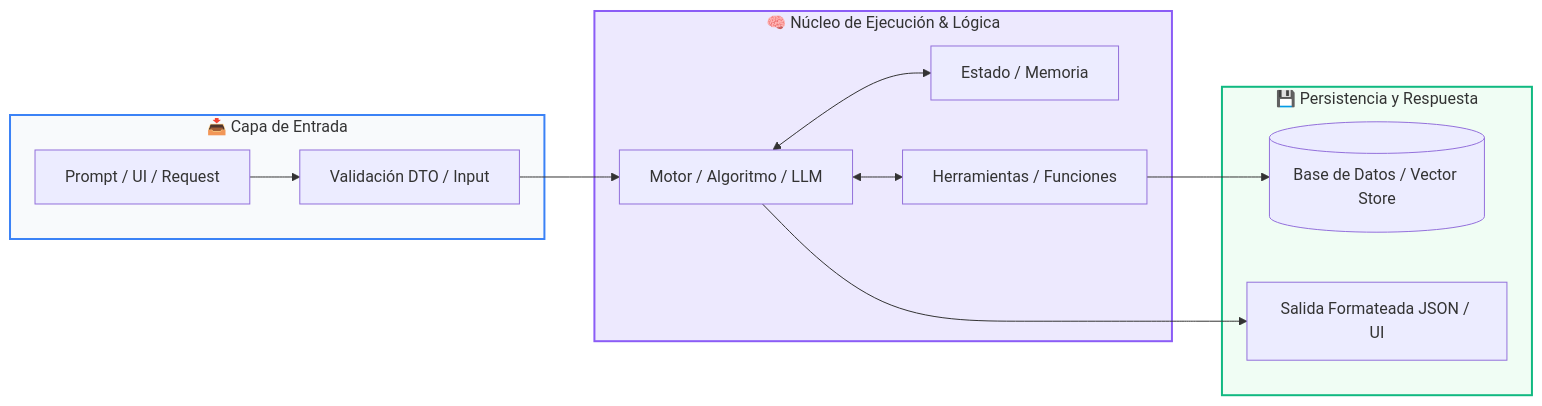
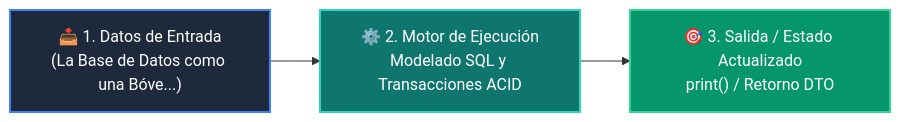
The diagram in docs/curso-04/clase-03.md (wisrovi/wisrovi-python), drawn with Mermaid before and after one commit. The commit also changed other lines of this file and 38 other files, not shown here.

Commit message:
docs(site): rebuild full MkDocs documentation site with updated canonical content, bespoke Mermaids, and Spiral Learning pedagogy

````diff
--- a/docs/curso-04/clase-03.md
+++ b/docs/curso-04/clase-03.md
@@ -65,29 +38,9 @@
 ```mermaid
 flowchart LR
-    subgraph Entrada["📥 Capa de Entrada"]
-        UI["Prompt / UI / Request"]
-        VAL["Validación DTO / Input"]
-    end
+    IN["📥 1. Datos de Entrada<br/>(La Base de Datos como una Bóve...)"] --> ENG["⚙️ 2. Motor de Ejecución<br/>Modelado SQL y Transacciones ACID"]
+    ENG --> OUT["🎯 3. Salida / Estado Actualizado<br/>print() / Retorno DTO"]
 
-    subgraph Core["🧠 Núcleo de Ejecución & Lógica"]
-        ENG["Motor / Algoritmo / LLM"]
-        MEM["Estado / Memoria"]
-        TOOL["Herramientas / Funciones"]
-    end
-
-    subgraph Salida["💾 Persistencia y Respuesta"]
-        DB[("Base de Datos / Vector Store")]
-        RES["Salida Formateada JSON / UI"]
-    end
-
-    UI --> VAL
-    VAL --> ENG
-    ENG <--> MEM
-    ENG <--> TOOL
-    TOOL --> DB
-    ENG --> RES
-
-    style Entrada fill:#f8fafc,stroke:#3b82f6,stroke-width:2px
-    style Core fill:#ede9fe,stroke:#8b5cf6,stroke-width:2px
-    style Salida fill:#f0fdf4,stroke:#10b981,stroke-width:2px
+    style IN fill:#1e293b,color:#ffffff,stroke:#3b82f6,stroke-width:2px
+    style ENG fill:#0f766e,color:#ffffff,stroke:#2dd4bf,stroke-width:2px
+    style OUT fill:#059669,color:#ffffff,stroke:#34d399,stroke-width:2px
 ```
````
